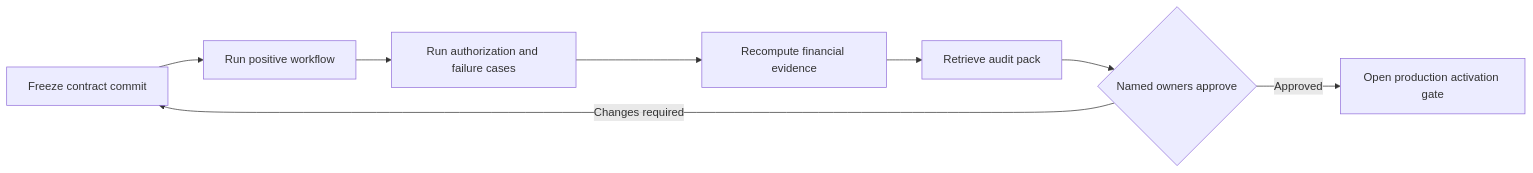
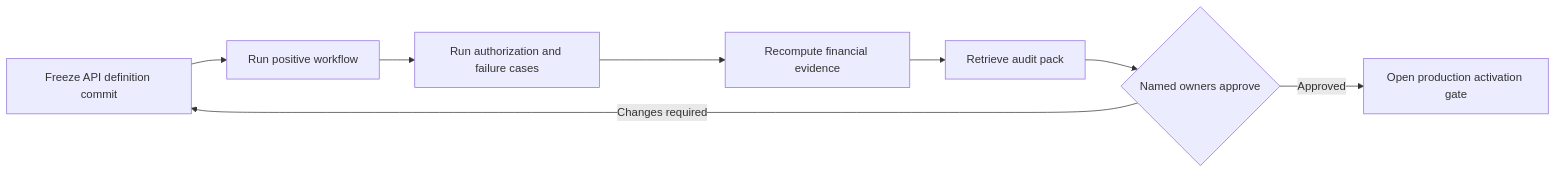
One commit to heyrafiki/docs changed the diagram in insurance/acceptance-testing.mdx. Above: the diagram before and after it, drawn with Mermaid. The commit also changed other lines of this file and 17 other files, not shown here.

````diff
--- a/insurance/acceptance-testing.mdx
+++ b/insurance/acceptance-testing.mdx
@@ -33,10 +33,10 @@
 ```mermaid
 flowchart LR
-    Contract["Freeze contract commit"] --> Positive["Run positive workflow"]
+    Definition["Freeze API definition commit"] --> Positive["Run positive workflow"]
     Positive --> Negative["Run authorization and failure cases"]
     Negative --> Reconcile["Recompute financial evidence"]
     Reconcile --> Retrieve["Retrieve audit pack"]
     Retrieve --> Decide{"Named owners approve"}
     Decide -->|Approved| Gate["Open production activation gate"]
-    Decide -->|Changes required| Contract
+    Decide -->|Changes required| Definition
 ```
````
